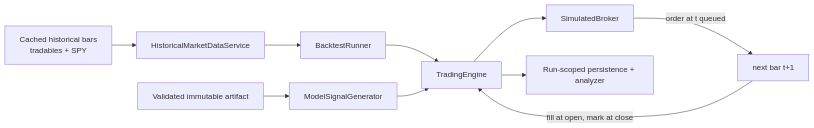
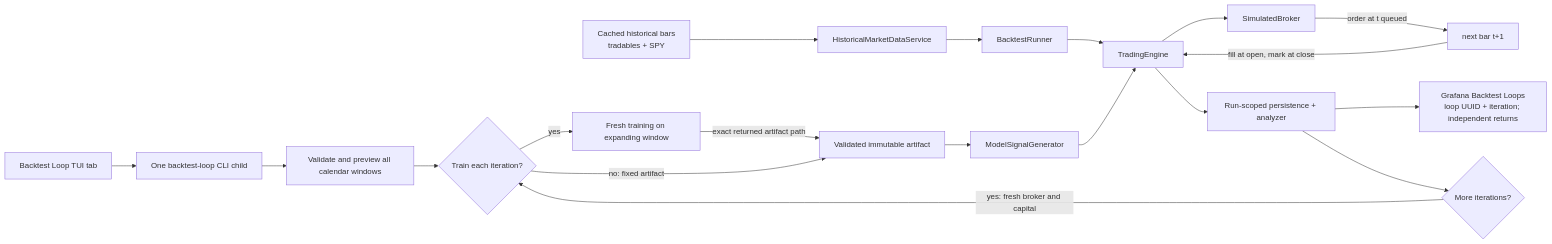
Before and after one commit to pasTa4667/carcharoth: the diagram in .claude/architecture/diagrams/backtest-flow.mmd, drawn with Mermaid. The commit also changed 55 other files, not shown here.

```diff
--- a/.claude/architecture/diagrams/backtest-flow.mmd
+++ b/.claude/architecture/diagrams/backtest-flow.mmd
@@ -1,10 +1,19 @@
 flowchart LR
+  TUI[Backtest Loop TUI tab] --> CLI[One backtest-loop CLI child]
+  CLI --> W[Validate and preview all calendar windows]
+  W --> Mode{Train each iteration?}
+  Mode -->|yes| Train[Fresh training on expanding window]
+  Train -->|exact returned artifact path| A
+  Mode -->|no: fixed artifact| A
   A[Validated immutable artifact] --> M[ModelSignalGenerator]
   B[Cached historical bars<br/>tradables + SPY] --> H[HistoricalMarketDataService]
   H --> R[BacktestRunner]
   R --> E[TradingEngine]
   M --> E
   E --> S[SimulatedBroker]
   S -->|order at t queued| N[next bar t+1]
   N -->|fill at open, mark at close| E
   E --> P[Run-scoped persistence + analyzer]
+  P --> G[Grafana Backtest Loops<br/>loop UUID + iteration; independent returns]
+  P --> Next{More iterations?}
+  Next -->|yes: fresh broker and capital| Mode
```
